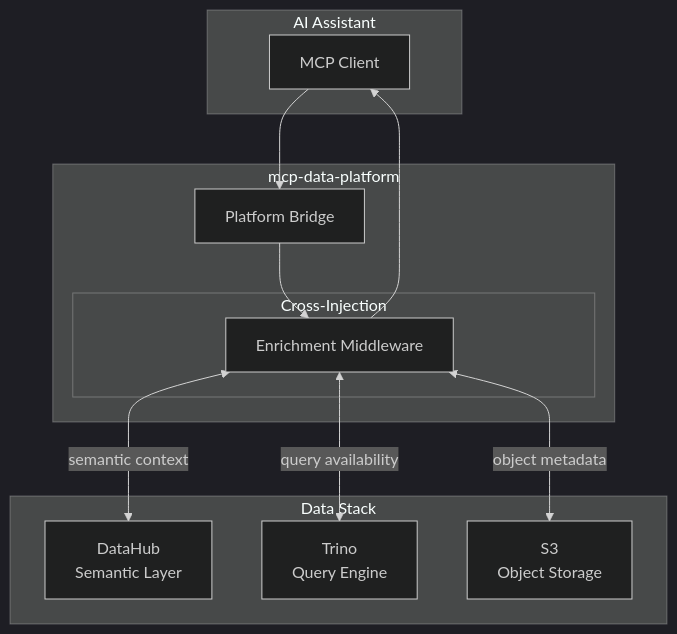
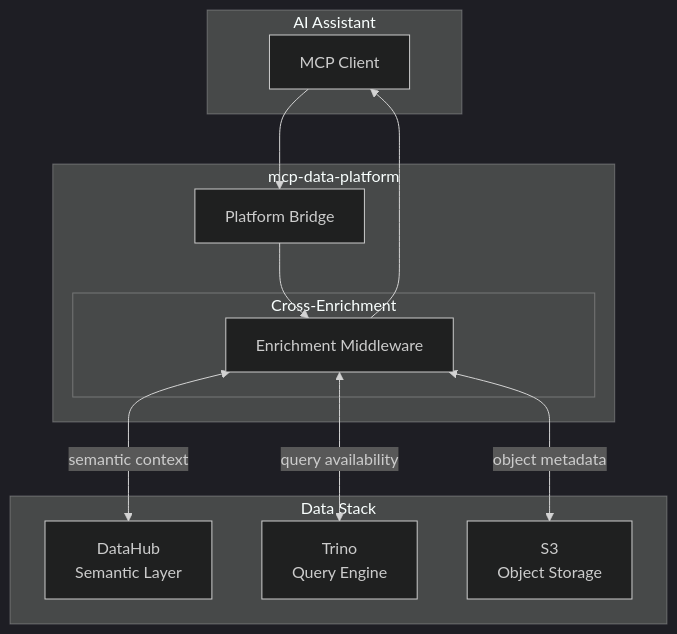
The diagram in docs/concepts/components.md (txn2/mcp-data-platform), drawn with Mermaid (dark theme) before and after one commit. The commit also changed other lines of this file and 28 other files, not shown here.

````diff
--- a/docs/concepts/components.md
+++ b/docs/concepts/components.md
@@ -207,27 +256,27 @@
 ```mermaid
 graph TB
     subgraph "AI Assistant"
         Client[MCP Client]
     end
 
     subgraph "mcp-data-platform"
         Platform[Platform Bridge]
 
-        subgraph "Cross-Injection"
+        subgraph "Cross-Enrichment"
             Enrich[Enrichment Middleware]
         end
     end
 
     subgraph "Data Stack"
         DataHub[DataHub<br/>Semantic Layer]
         Trino[Trino<br/>Query Engine]
         S3[S3<br/>Object Storage]
     end
 
     Client --> Platform
     Platform --> Enrich
     Enrich <-->|semantic context| DataHub
     Enrich <-->|query availability| Trino
     Enrich <-->|object metadata| S3
     Enrich --> Client
 ```
````
